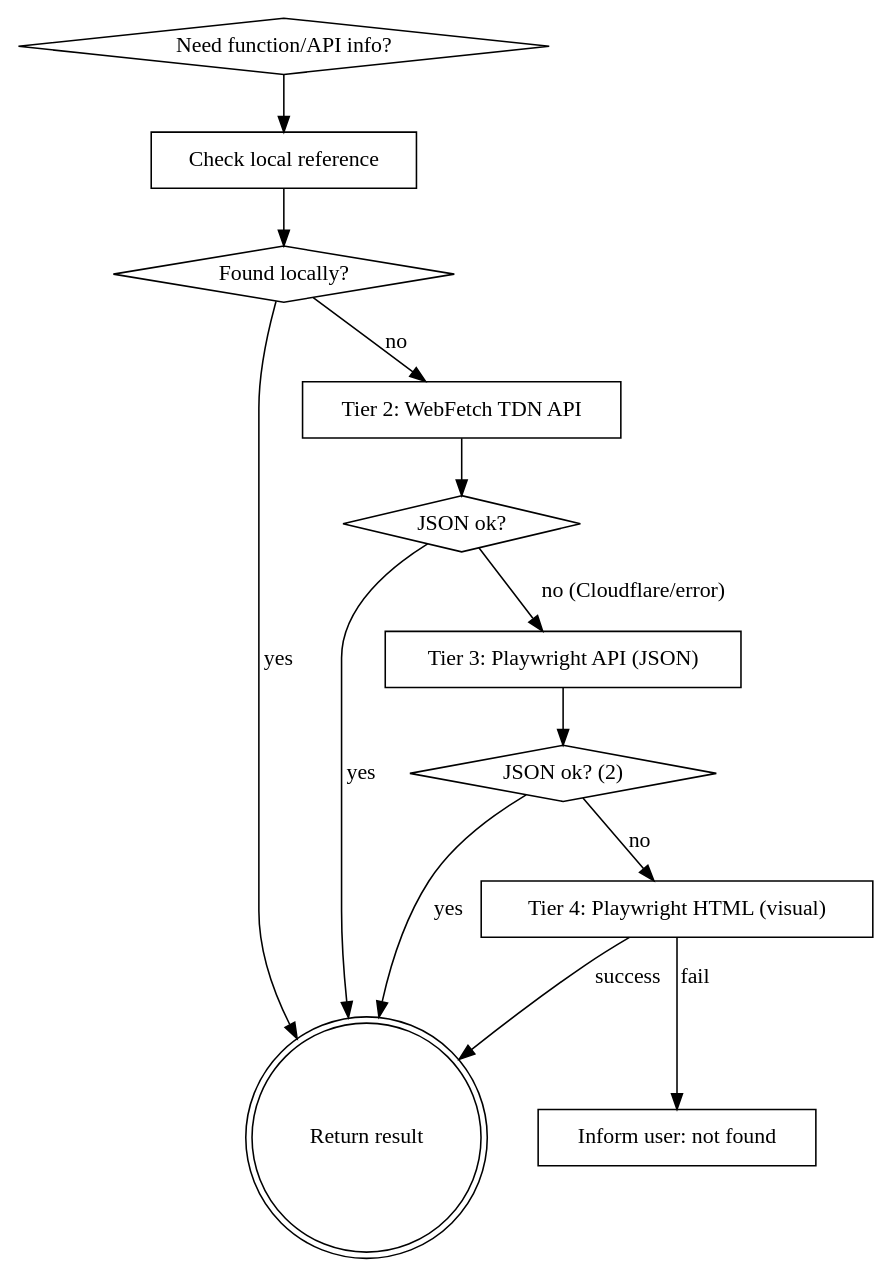
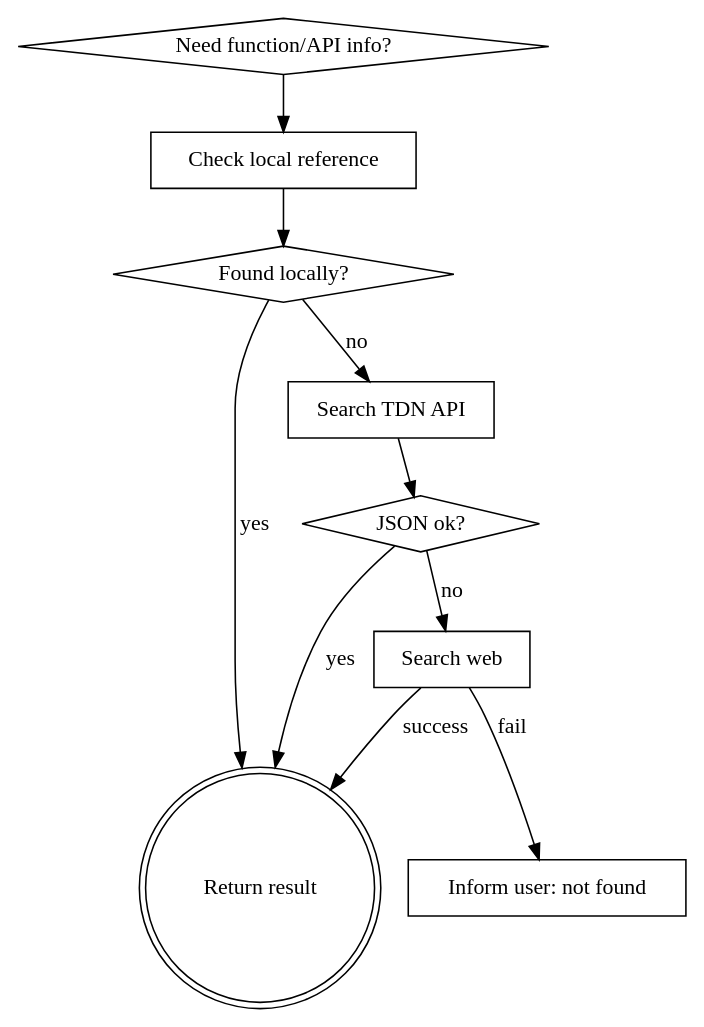
The diagram in skills/protheus-reference/reference.md (vitor-gabriel/advpl-specialist), drawn with Graphviz before and after one commit. The commit also changed other lines of this file and 113 other files, not shown here.

Commit message:
Remove outdated documentation files and hooks, streamline code generation references, and update search strategies for TDN documentation.

````diff
--- a/skills/protheus-reference/reference.md
+++ b/skills/protheus-reference/reference.md
@@ -17,27 +17,22 @@
 ```dot
 digraph lookup {
     "Need function/API info?" [shape=diamond];
     "Check local reference" [shape=box];
     "Found locally?" [shape=diamond];
     "Return result" [shape=doublecircle];
-    "Tier 2: WebFetch TDN API" [shape=box];
+    "Search TDN API" [shape=box];
     "JSON ok?" [shape=diamond];
-    "Tier 3: Playwright API (JSON)" [shape=box];
-    "JSON ok? (2)" [shape=diamond];
-    "Tier 4: Playwright HTML (visual)" [shape=box];
+    "Search web" [shape=box];
     "Inform user: not found" [shape=box];
 
     "Need function/API info?" -> "Check local reference";
     "Check local reference" -> "Found locally?";
     "Found locally?" -> "Return result" [label="yes"];
-    "Found locally?" -> "Tier 2: WebFetch TDN API" [label="no"];
-    "Tier 2: WebFetch TDN API" -> "JSON ok?";
+    "Found locally?" -> "Search TDN API" [label="no"];
+    "Search TDN API" -> "JSON ok?";
     "JSON ok?" -> "Return result" [label="yes"];
-    "JSON ok?" -> "Tier 3: Playwright API (JSON)" [label="no (Cloudflare/error)"];
-    "Tier 3: Playwright API (JSON)" -> "JSON ok? (2)";
-    "JSON ok? (2)" -> "Return result" [label="yes"];
-    "JSON ok? (2)" -> "Tier 4: Playwright HTML (visual)" [label="no"];
-    "Tier 4: Playwright HTML (visual)" -> "Return result" [label="success"];
-    "Tier 4: Playwright HTML (visual)" -> "Inform user: not found" [label="fail"];
+    "JSON ok?" -> "Search web" [label="no"];
+    "Search web" -> "Return result" [label="success"];
+    "Search web" -> "Inform user: not found" [label="fail"];
 }
 ```
````
